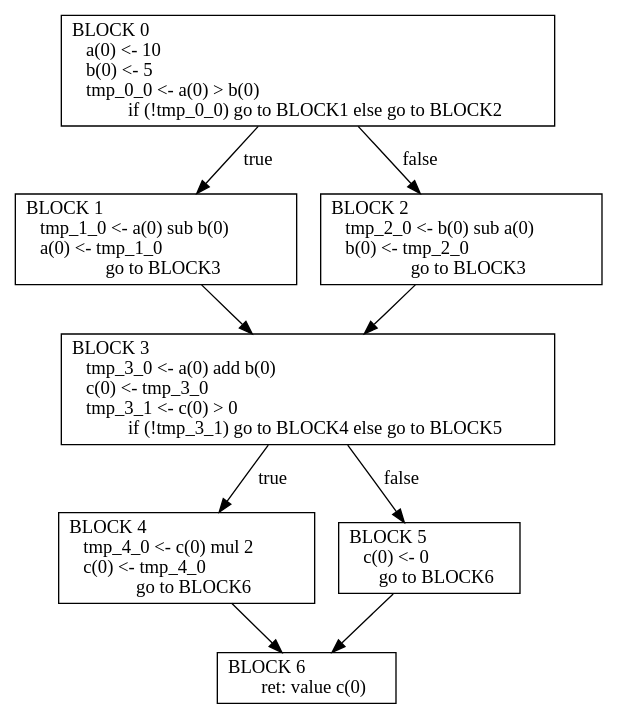
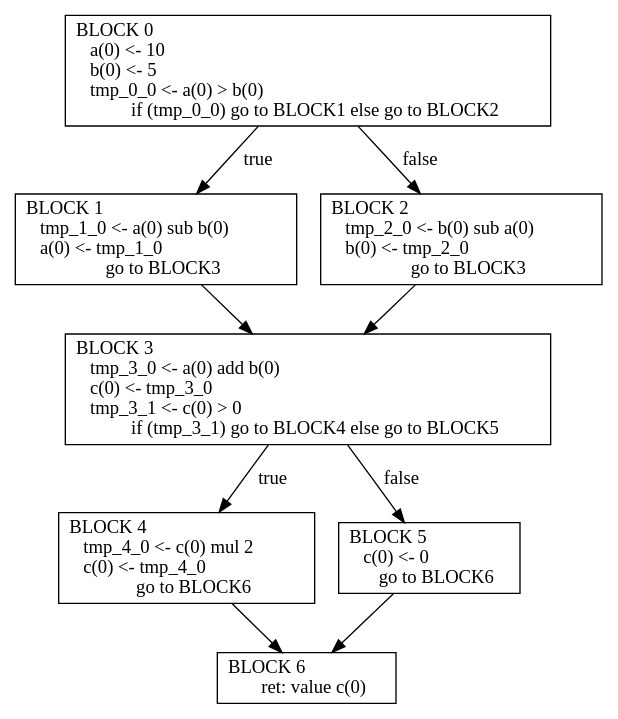
One commit to ark2016/generation-of-optimal-code changed the diagram in lab4/results/example1_cfg.dot. Above: the diagram before and after it, drawn with Graphviz. The commit also changed 22 other files, not shown here.

```diff
--- a/lab4/results/example1_cfg.dot
+++ b/lab4/results/example1_cfg.dot
@@ -1,18 +1,18 @@
 digraph G{
 node [shape=box nojustify=false]
-0 [label="BLOCK 0\l    a(0) <- 10\l    b(0) <- 5\l    tmp_0_0 <- a(0) > b(0)\l    if (!tmp_0_0) go to BLOCK1 else go to BLOCK2"]
+0 [label="BLOCK 0\l    a(0) <- 10\l    b(0) <- 5\l    tmp_0_0 <- a(0) > b(0)\l    if (tmp_0_0) go to BLOCK1 else go to BLOCK2"]
 0 -> 1 [label=true]
 0 -> 2 [label=false]
 1 [label="BLOCK 1\l    tmp_1_0 <- a(0) sub b(0)\l    a(0) <- tmp_1_0\l    go to BLOCK3"]
 1 -> 3
 2 [label="BLOCK 2\l    tmp_2_0 <- b(0) sub a(0)\l    b(0) <- tmp_2_0\l    go to BLOCK3"]
 2 -> 3
-3 [label="BLOCK 3\l    tmp_3_0 <- a(0) add b(0)\l    c(0) <- tmp_3_0\l    tmp_3_1 <- c(0) > 0\l    if (!tmp_3_1) go to BLOCK4 else go to BLOCK5"]
+3 [label="BLOCK 3\l    tmp_3_0 <- a(0) add b(0)\l    c(0) <- tmp_3_0\l    tmp_3_1 <- c(0) > 0\l    if (tmp_3_1) go to BLOCK4 else go to BLOCK5"]
 3 -> 4 [label=true]
 3 -> 5 [label=false]
 4 [label="BLOCK 4\l    tmp_4_0 <- c(0) mul 2\l    c(0) <- tmp_4_0\l    go to BLOCK6"]
 4 -> 6
 5 [label="BLOCK 5\l    c(0) <- 0\l    go to BLOCK6"]
 5 -> 6
 6 [label="BLOCK 6\l    ret: value c(0)"]
 }
```
